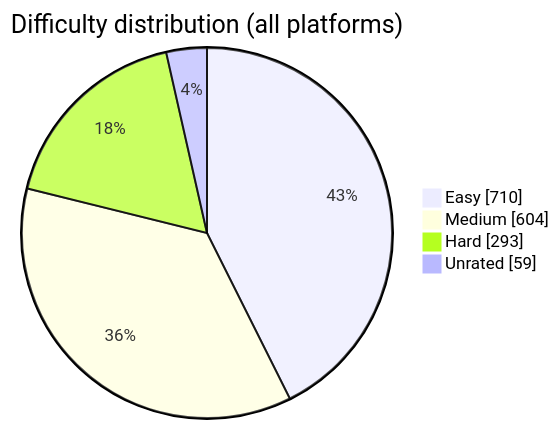
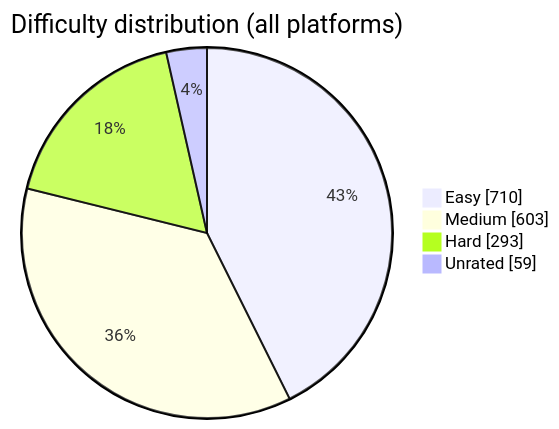
The diagram in README.md (BuildbyArindam/Daily-Coding-Log), drawn with Mermaid before and after one commit. The commit also changed other lines of this file, not shown here.

````diff
--- a/README.md
+++ b/README.md
@@ -93,7 +93,7 @@
 ```mermaid
 pie showData title Difficulty distribution (all platforms)
     "Easy" : 710
-    "Medium" : 604
+    "Medium" : 603
     "Hard" : 293
     "Unrated" : 59
 ```
````
